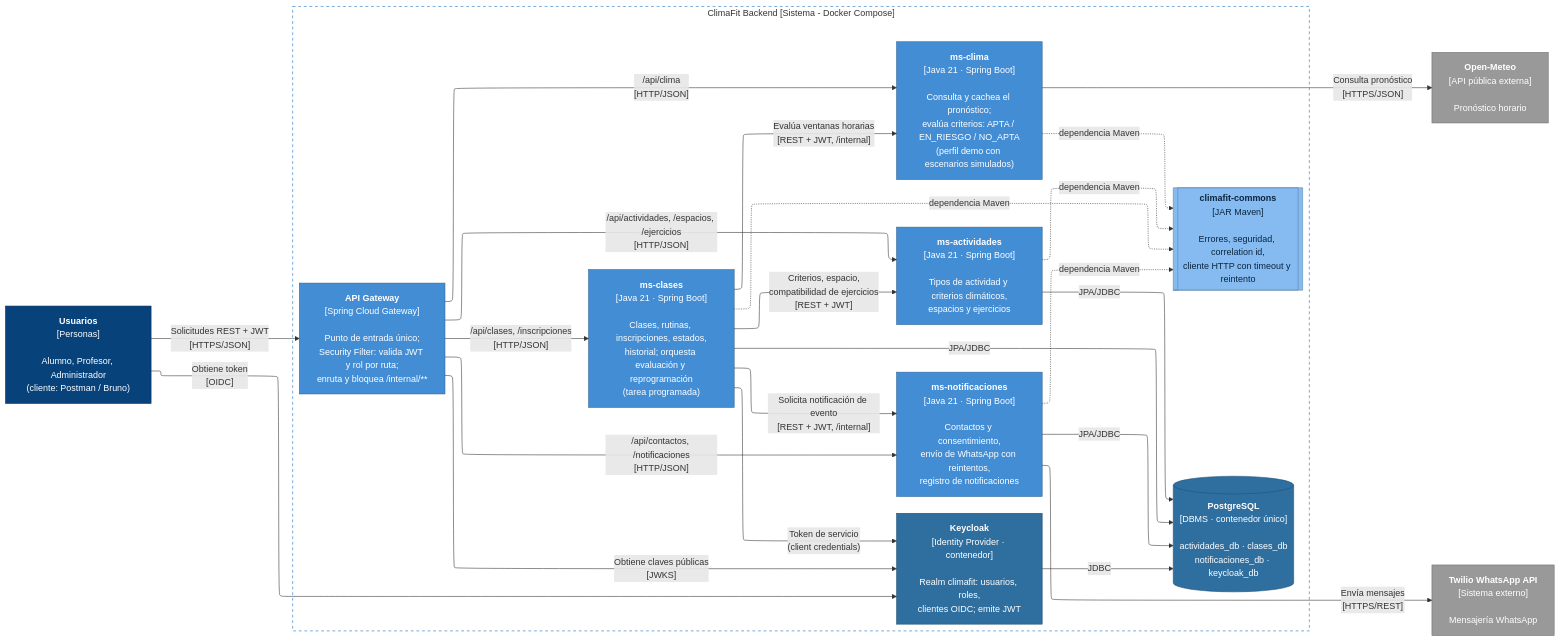
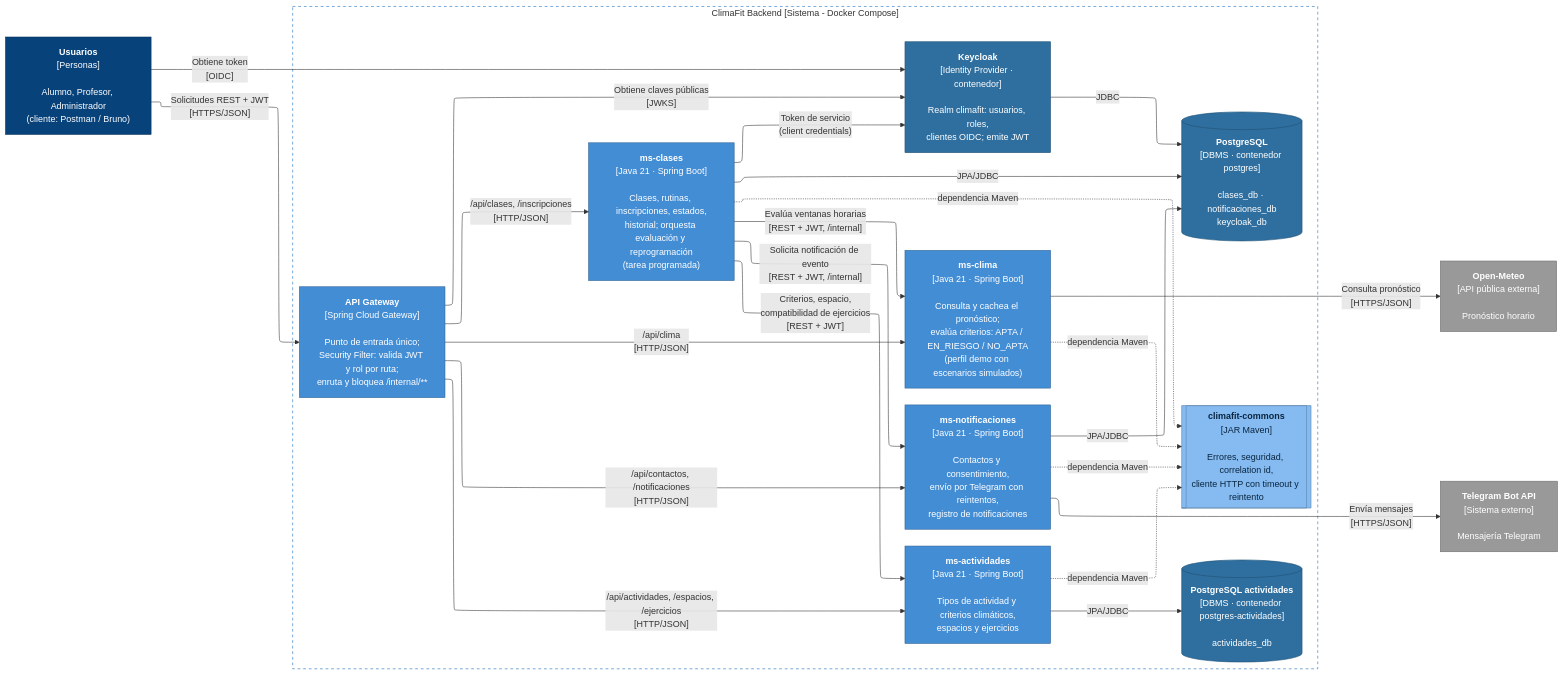
One commit to tomy91449/climafit changed the fourth of 7 diagrams in docs/propuesta.md. Above: the diagram before and after it, drawn with Mermaid. The commit also changed other lines of this file and 15 other files, not shown here.

First line of the commit message:
Diagramas y documentación al día

````diff
--- a/docs/propuesta.md
+++ b/docs/propuesta.md
@@ -437,61 +441,62 @@
 ```mermaid
 ---
 config:
   layout: elk
 ---
 %% C2 - Diagrama de Contenedores (C4) - ClimaFit
 flowchart LR
   usuarios["<b>Usuarios</b><br/>[Personas]<br/><br/>Alumno, Profesor, Administrador<br/>(cliente: Postman / Bruno)"]
 
   subgraph sistema["ClimaFit Backend [Sistema - Docker Compose]"]
     gateway["<b>API Gateway</b><br/>[Spring Cloud Gateway]<br/><br/>Punto de entrada único;<br/>Security Filter: valida JWT y rol por ruta;<br/>enruta y bloquea /internal/**"]
     actividades["<b>ms-actividades</b><br/>[Java 21 · Spring Boot]<br/><br/>Tipos de actividad y criterios climáticos,<br/>espacios y ejercicios"]
     clases["<b>ms-clases</b><br/>[Java 21 · Spring Boot]<br/><br/>Clases, rutinas, inscripciones, estados,<br/>historial; orquesta evaluación y reprogramación<br/>(tarea programada)"]
     clima["<b>ms-clima</b><br/>[Java 21 · Spring Boot]<br/><br/>Consulta y cachea el pronóstico;<br/>evalúa criterios: APTA / EN_RIESGO / NO_APTA<br/>(perfil demo con escenarios simulados)"]
-    notificaciones["<b>ms-notificaciones</b><br/>[Java 21 · Spring Boot]<br/><br/>Contactos y consentimiento,<br/>envío de WhatsApp con reintentos,<br/>registro de notificaciones"]
+    notificaciones["<b>ms-notificaciones</b><br/>[Java 21 · Spring Boot]<br/><br/>Contactos y consentimiento,<br/>envío por Telegram con reintentos,<br/>registro de notificaciones"]
     commons[["<b>climafit-commons</b><br/>[JAR Maven]<br/><br/>Errores, seguridad, correlation id,<br/>cliente HTTP con timeout y reintento"]]
-    db[("<b>PostgreSQL</b><br/>[DBMS · contenedor único]<br/><br/>actividades_db · clases_db<br/>notificaciones_db · keycloak_db")]
+    db[("<b>PostgreSQL</b><br/>[DBMS · contenedor postgres]<br/><br/>clases_db · notificaciones_db<br/>keycloak_db")]
+    dbActividades[("<b>PostgreSQL actividades</b><br/>[DBMS · contenedor postgres-actividades]<br/><br/>actividades_db")]
     keycloak["<b>Keycloak</b><br/>[Identity Provider · contenedor]<br/><br/>Realm climafit: usuarios, roles,<br/>clientes OIDC; emite JWT"]
   end
 
   openmeteo["<b>Open-Meteo</b><br/>[API pública externa]<br/><br/>Pronóstico horario"]
-  twilio["<b>Twilio WhatsApp API</b><br/>[Sistema externo]<br/><br/>Mensajería WhatsApp"]
+  telegram["<b>Telegram Bot API</b><br/>[Sistema externo]<br/><br/>Mensajería Telegram"]
 
   usuarios -- "Obtiene token<br/>[OIDC]" --> keycloak
   usuarios -- "Solicitudes REST + JWT<br/>[HTTPS/JSON]" --> gateway
   gateway -- "Obtiene claves públicas<br/>[JWKS]" --> keycloak
   gateway -- "/api/actividades, /espacios, /ejercicios<br/>[HTTP/JSON]" --> actividades
   gateway -- "/api/clases, /inscripciones<br/>[HTTP/JSON]" --> clases
   gateway -- "/api/clima<br/>[HTTP/JSON]" --> clima
   gateway -- "/api/contactos, /notificaciones<br/>[HTTP/JSON]" --> notificaciones
 
   clases -- "Criterios, espacio,<br/>compatibilidad de ejercicios<br/>[REST + JWT]" --> actividades
   clases -- "Evalúa ventanas horarias<br/>[REST + JWT, /internal]" --> clima
   clases -- "Solicita notificación de evento<br/>[REST + JWT, /internal]" --> notificaciones
   clases -- "Token de servicio<br/>(client credentials)" --> keycloak
 
-  actividades -- "JPA/JDBC" --> db
+  actividades -- "JPA/JDBC" --> dbActividades
   clases -- "JPA/JDBC" --> db
   notificaciones -- "JPA/JDBC" --> db
   keycloak -- "JDBC" --> db
 
   clima -- "Consulta pronóstico<br/>[HTTPS/JSON]" --> openmeteo
-  notificaciones -- "Envía mensajes<br/>[HTTPS/REST]" --> twilio
+  notificaciones -- "Envía mensajes<br/>[HTTPS/JSON]" --> telegram
 
   actividades -.->|"dependencia Maven"| commons
   clases -.->|"dependencia Maven"| commons
   clima -.->|"dependencia Maven"| commons
   notificaciones -.->|"dependencia Maven"| commons
 
   classDef persona fill:#08427b,stroke:#052e56,color:#ffffff
   classDef contenedor fill:#438dd5,stroke:#2e6295,color:#ffffff
   classDef infra fill:#2f6f9f,stroke:#1f4f73,color:#ffffff
   classDef libreria fill:#85bbf0,stroke:#5d82a8,color:#0b2540
   classDef externo fill:#999999,stroke:#6b6b6b,color:#ffffff
   class usuarios persona
   class gateway,actividades,clases,clima,notificaciones contenedor
-  class db,keycloak infra
+  class db,dbActividades,keycloak infra
   class commons libreria
-  class openmeteo,twilio externo
+  class openmeteo,telegram externo
   style sistema fill:#ffffff,stroke:#1168bd,stroke-dasharray: 5 5
 ```
````
